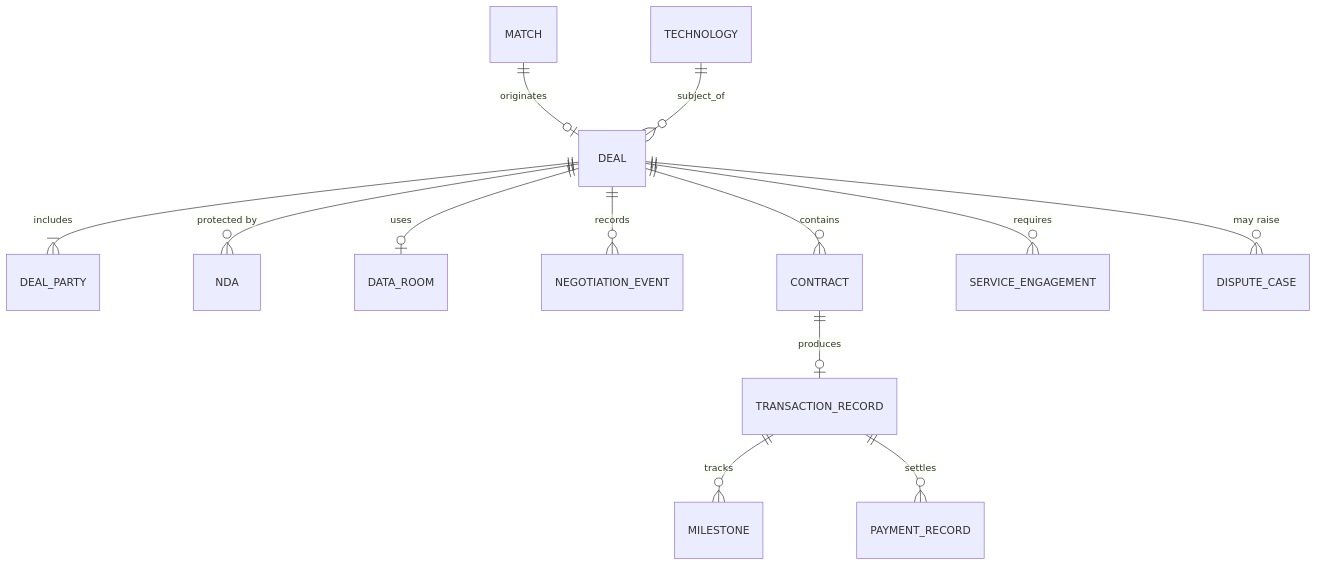
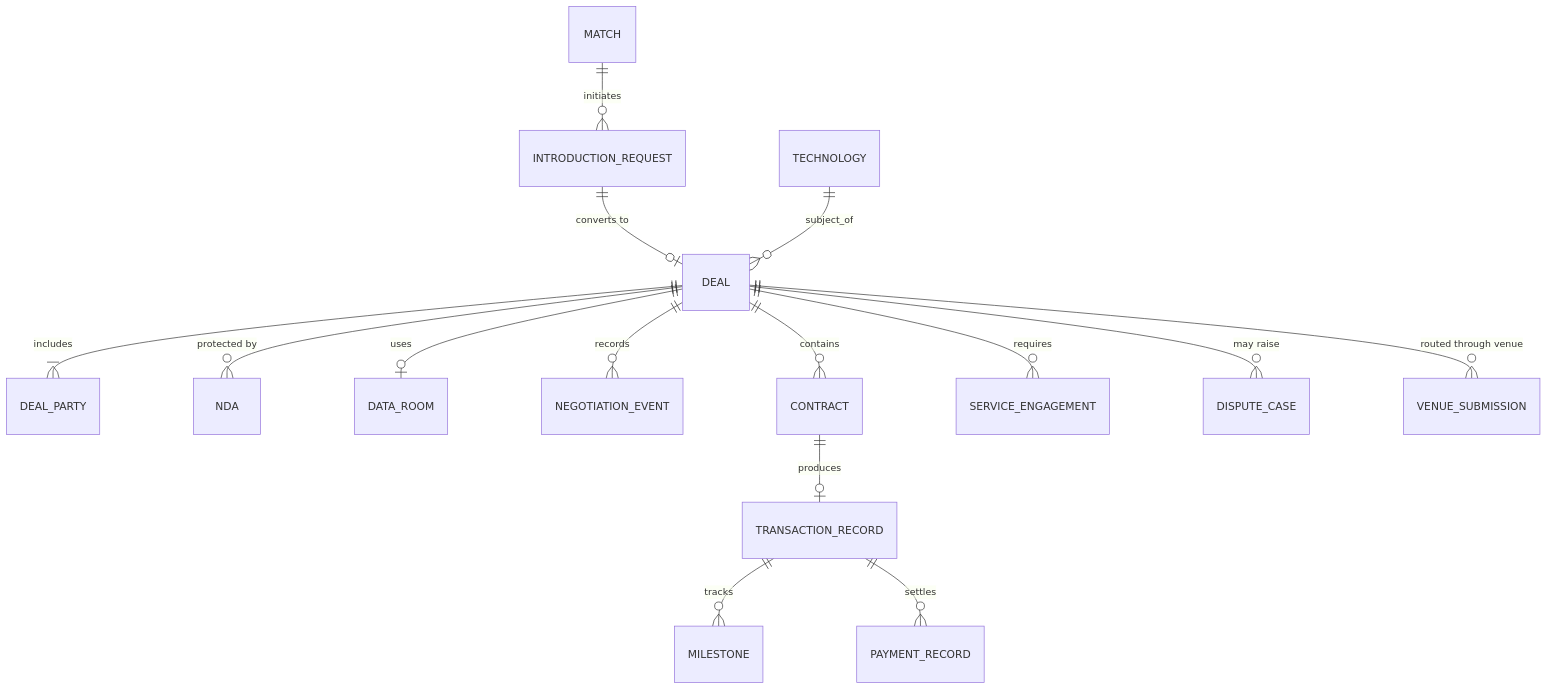
One commit to greensoft-atom/tex-platform changed the fourth of 21 diagrams in 05-system-design-blueprint.md. Above: the diagram before and after it, drawn with Mermaid. The commit also changed other lines of this file and 615 other files, not shown here.

````diff
--- a/05-system-design-blueprint.md
+++ b/05-system-design-blueprint.md
@@ -241,15 +275,17 @@
 ```mermaid
 erDiagram
-    MATCH ||--o| DEAL : originates
+    MATCH ||--o{ INTRODUCTION_REQUEST : initiates
+    INTRODUCTION_REQUEST ||--o| DEAL : "converts to"
     TECHNOLOGY ||--o{ DEAL : subject_of
     DEAL ||--|{ DEAL_PARTY : includes
     DEAL ||--o{ NDA : "protected by"
     DEAL ||--o| DATA_ROOM : uses
     DEAL ||--o{ NEGOTIATION_EVENT : records
     DEAL ||--o{ CONTRACT : contains
     CONTRACT ||--o| TRANSACTION_RECORD : produces
     TRANSACTION_RECORD ||--o{ MILESTONE : tracks
     TRANSACTION_RECORD ||--o{ PAYMENT_RECORD : settles
     DEAL ||--o{ SERVICE_ENGAGEMENT : requires
     DEAL ||--o{ DISPUTE_CASE : "may raise"
+    DEAL ||--o{ VENUE_SUBMISSION : "routed through venue"
 ```
````
